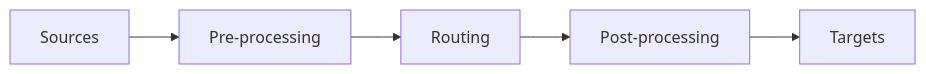
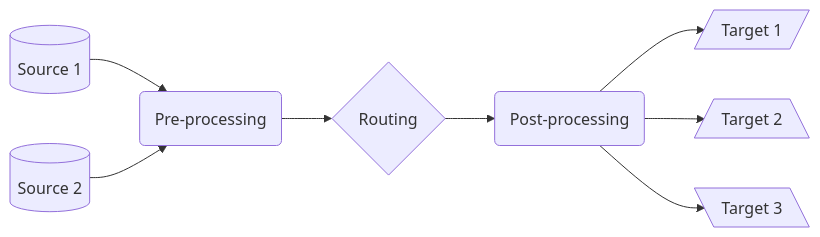
Before and after one commit to VirtualMetric/virtualmetric-docs: the diagram in docs/administration/pipelines/types/index.mdx, drawn with Mermaid. The commit also changed other lines of this file and 12 other files, not shown here.

````diff
--- a/docs/administration/pipelines/types/index.mdx
+++ b/docs/administration/pipelines/types/index.mdx
@@ -9,7 +7,10 @@
 ```mermaid
 flowchart LR
-  A[Sources] --> B[Pre-processing]
-  B --> C[Routing]
-  C --> D[Post-processing]
-  D --> E[Targets]
+  A1[("Source 1")] --> B(Pre-processing)
+  A2[("Source 2")] --> B(Pre-processing)
+  B --> C{Routing}
+  C --> D(Post-processing)
+  D --> E1[/"Target 1"/]
+  D --> E2[/"Target 2"\]
+  D --> E3[\"Target 3"\]
 ```
````
